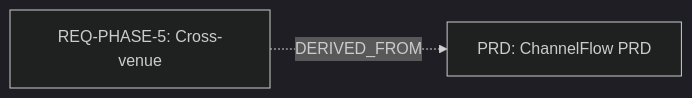
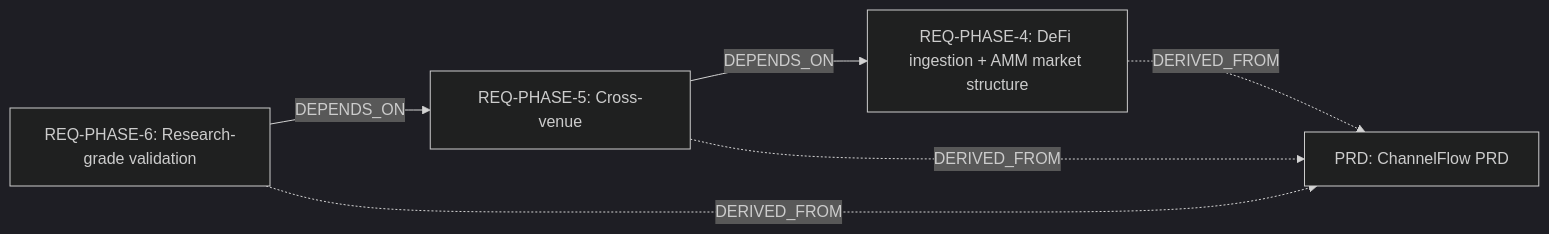
Before and after one commit to nikshev/market-forge: the seventh of 11 diagrams in vault/00-index/Traceability Dashboard.md, drawn with Mermaid (dark theme). The commit also changed other lines of this file, not shown here.

````diff
--- a/vault/00-index/Traceability Dashboard.md
+++ b/vault/00-index/Traceability Dashboard.md
@@ -165,6 +198,12 @@
 ```mermaid
 graph LR
   PRD["PRD: ChannelFlow PRD"]
+  REQ_PHASE_4["REQ-PHASE-4: DeFi ingestion + AMM market structure"]
   REQ_PHASE_5["REQ-PHASE-5: Cross-venue"]
+  REQ_PHASE_6["REQ-PHASE-6: Research-grade validation"]
+  REQ_PHASE_5 -->|DEPENDS_ON| REQ_PHASE_4
+  REQ_PHASE_6 -->|DEPENDS_ON| REQ_PHASE_5
+  REQ_PHASE_4 -.->|DERIVED_FROM| PRD
   REQ_PHASE_5 -.->|DERIVED_FROM| PRD
+  REQ_PHASE_6 -.->|DERIVED_FROM| PRD
 ```
````
